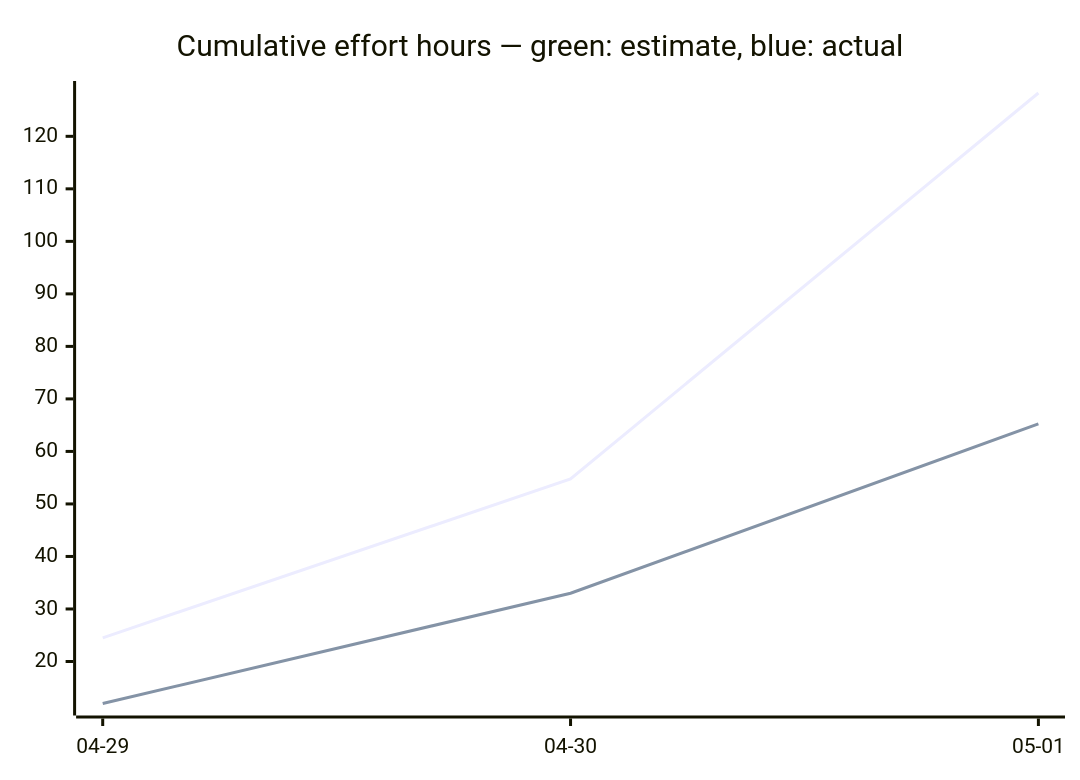
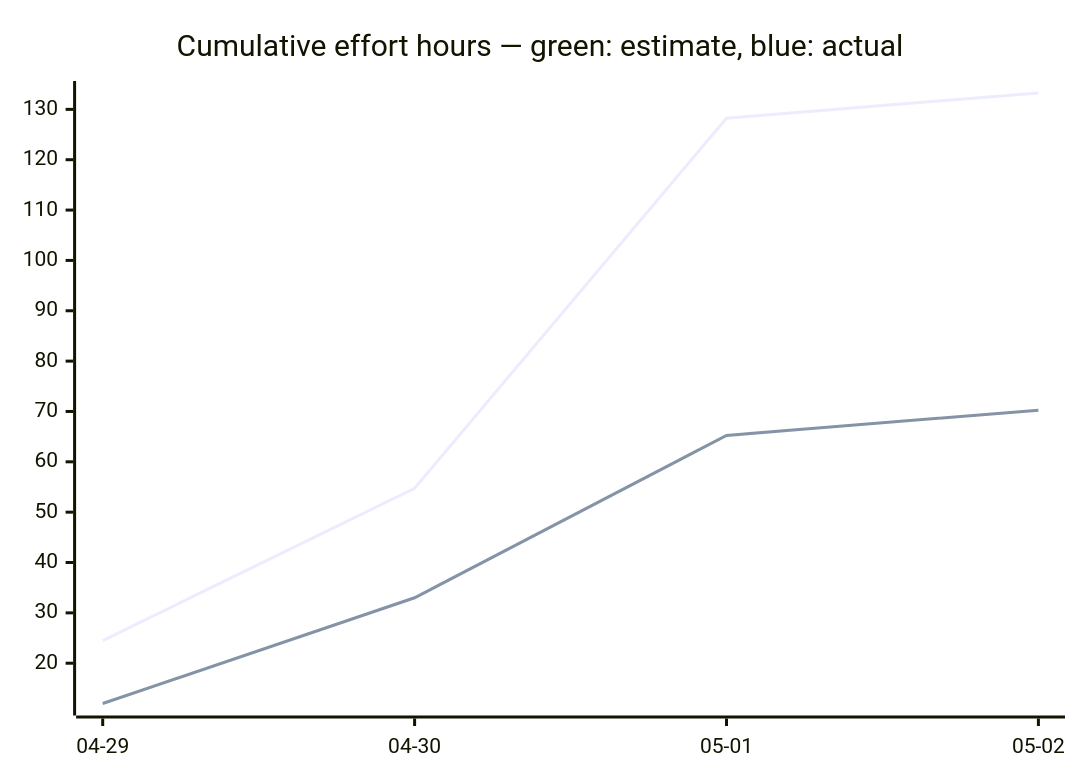
One commit to tgd1975/AwesomeStudioPedal changed the third of 3 diagrams in docs/developers/tasks/OVERVIEW.md. Above: the diagram before and after it, drawn with Mermaid. The commit also changed other lines of this file and 2 other files, not shown here.

````diff
--- a/docs/developers/tasks/OVERVIEW.md
+++ b/docs/developers/tasks/OVERVIEW.md
@@ -40,7 +40,7 @@
 ```mermaid
 xychart-beta
     title "Cumulative effort hours — green: estimate, blue: actual"
-    x-axis ["04-29", "04-30", "05-01"]
-    line [24.5, 54.75, 128.25]
-    line [12, 33, 65.25]
+    x-axis ["04-29", "04-30", "05-01", "05-02"]
+    line [24.5, 54.75, 128.25, 133.25]
+    line [12, 33, 65.25, 70.25]
 ```
````
